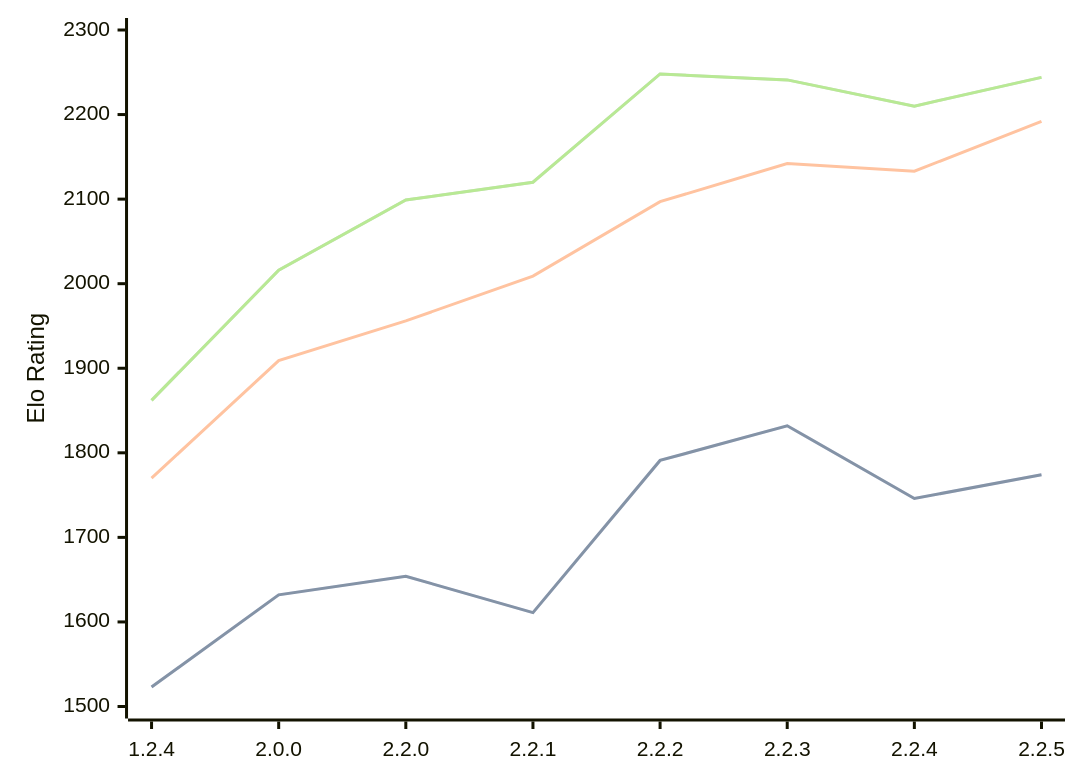
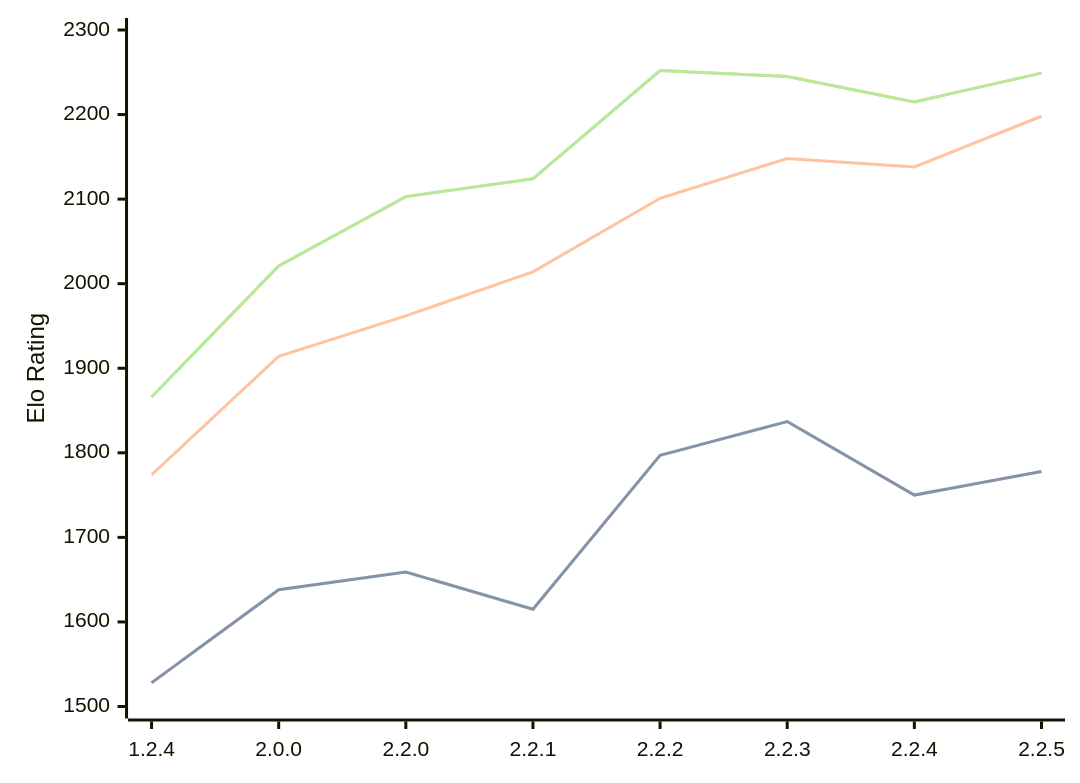
One commit to computer-chess-index/cci changed the diagram in engines/Kreveta.md. Above: the diagram before and after it, drawn with Mermaid. The commit also changed other lines of this file, not shown here.

Commit message:
Update CCI Ratings (ELO VLTC) - 2026-04-14

````diff
--- a/engines/Kreveta.md
+++ b/engines/Kreveta.md
@@ -41,11 +41,11 @@
 ```mermaid
 %%{init: {"theme":"base","themeVariables":{"seriesColors:['#a3a3a3','#222221','#faa371']}}}%%
 xychart-beta
   x-axis ["1.2.4", "2.0.0", "2.2.0", "2.2.1", "2.2.2", "2.2.3", "2.2.4", "2.2.5"]
   y-axis "Elo Rating" 1500 --> 2300
-  line "STC (8.0+0.08s)" [1523, 1632, 1654, 1611, 1791, 1832, 1746, 1774]
-  line "STC (8.0+0.08s)" [1523, 1632, 1654, 1611, 1791, 1832, 1746, 1774]
-  line "LTC (60.0+0.60s)" [1770, 1909, 1956, 2009, 2097, 2142, 2133, 2192]
-  line "VLTC (2m24s+1.12s)" [1862, 2016, 2099, 2120, 2248, 2241, 2210, 2244]
-  line "VLTC (2m24s+1.12s)" [1862, 2016, 2099, 2120, 2248, 2241, 2210, 2244]
+  line "STC (8.0+0.08s)" [1528, 1638, 1659, 1615, 1797, 1837, 1750, 1778]
+  line "STC (8.0+0.08s)" [1528, 1638, 1659, 1615, 1797, 1837, 1750, 1778]
+  line "LTC (60.0+0.60s)" [1774, 1914, 1962, 2014, 2101, 2148, 2138, 2198]
+  line "VLTC (2m24s+1.12s)" [1866, 2021, 2103, 2124, 2252, 2245, 2215, 2249]
+  line "VLTC (2m24s+1.12s)" [1866, 2021, 2103, 2124, 2252, 2245, 2215, 2249]
 ```
````
